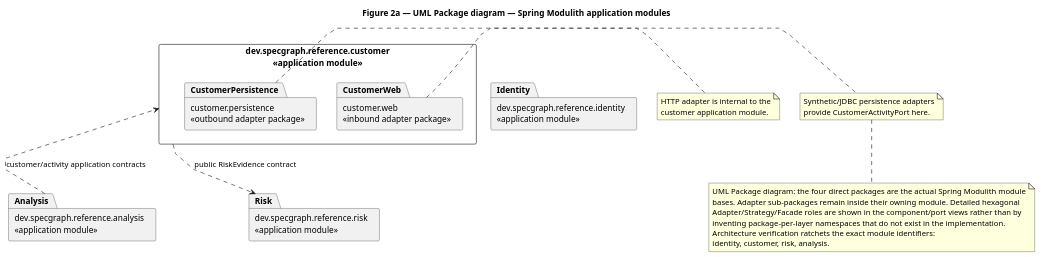
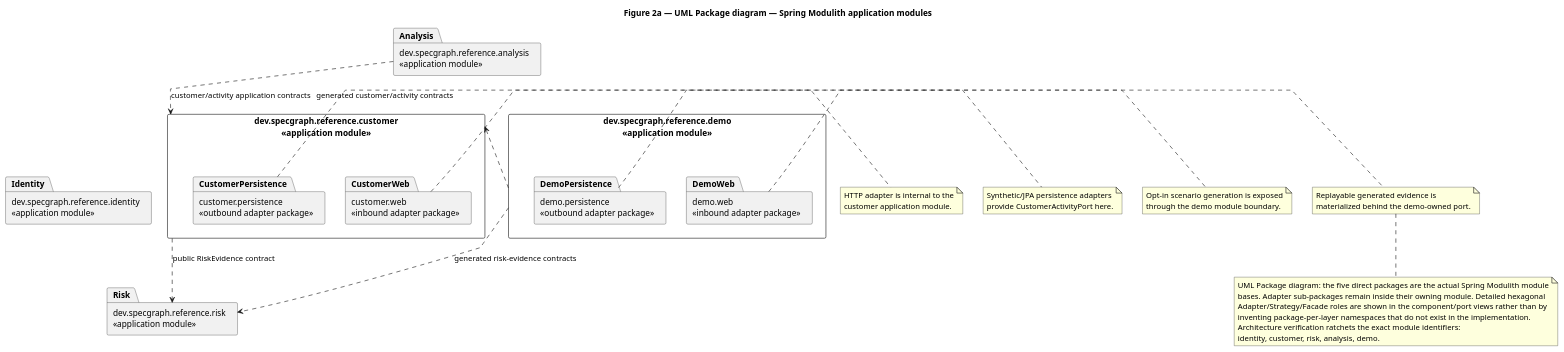
Before and after one commit to jdoe-dev-159753/specgraph-reference-app: the diagram in docs/assignment/SDD/diagrams/package-modules.puml, drawn with PlantUML. The commit also changed 4 other files, not shown here.

Commit message:
test: materialize demo as fifth application module

```diff
--- a/docs/assignment/SDD/diagrams/package-modules.puml
+++ b/docs/assignment/SDD/diagrams/package-modules.puml
@@ -1,42 +1,59 @@
 @startuml
 title Figure 2a — UML Package diagram — Spring Modulith application modules
 top to bottom direction
 skinparam packageStyle rectangle
 skinparam linetype polyline
 skinparam nodesep 35
 skinparam ranksep 45
 
 package "dev.specgraph.reference.identity\n<<application module>>" as Identity
 package "dev.specgraph.reference.risk\n<<application module>>" as Risk
 package "dev.specgraph.reference.customer\n<<application module>>" as Customer {
   package "customer.web\n<<inbound adapter package>>" as CustomerWeb
   package "customer.persistence\n<<outbound adapter package>>" as CustomerPersistence
 }
 package "dev.specgraph.reference.analysis\n<<application module>>" as Analysis
+package "dev.specgraph.reference.demo\n<<application module>>" as Demo {
+  package "demo.web\n<<inbound adapter package>>" as DemoWeb
+  package "demo.persistence\n<<outbound adapter package>>" as DemoPersistence
+}
 
 Identity -[hidden]down-> Risk
 Risk -[hidden]down-> Customer
 Customer -[hidden]down-> Analysis
+Analysis -[hidden]down-> Demo
 
 Customer ..> Risk : public RiskEvidence contract
 Analysis ..> Customer : customer/activity application contracts
+Demo ..> Customer : generated customer/activity contracts
+Demo ..> Risk : generated risk-evidence contracts
 
 note right of CustomerWeb
   HTTP adapter is internal to the
   customer application module.
 end note
 
 note right of CustomerPersistence
-  Synthetic/JDBC persistence adapters
+  Synthetic/JPA persistence adapters
   provide CustomerActivityPort here.
 end note
 
+note right of DemoWeb
+  Opt-in scenario generation is exposed
+  through the demo module boundary.
+end note
+
+note right of DemoPersistence
+  Replayable generated evidence is
+  materialized behind the demo-owned port.
+end note
+
 note bottom
-  UML Package diagram: the four direct packages are the actual Spring Modulith module
+  UML Package diagram: the five direct packages are the actual Spring Modulith module
   bases. Adapter sub-packages remain inside their owning module. Detailed hexagonal
   Adapter/Strategy/Facade roles are shown in the component/port views rather than by
   inventing package-per-layer namespaces that do not exist in the implementation.
   Architecture verification ratchets the exact module identifiers:
-  identity, customer, risk, analysis.
+  identity, customer, risk, analysis, demo.
 end note
 @enduml
```
